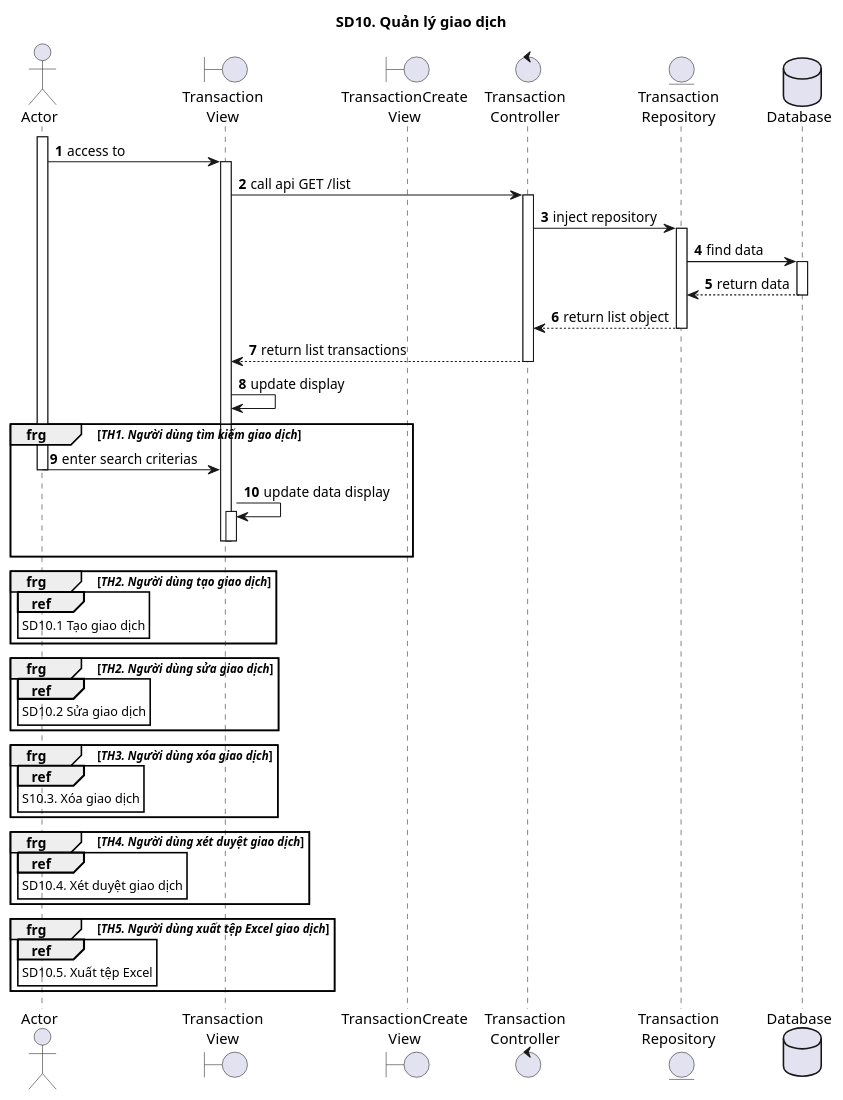
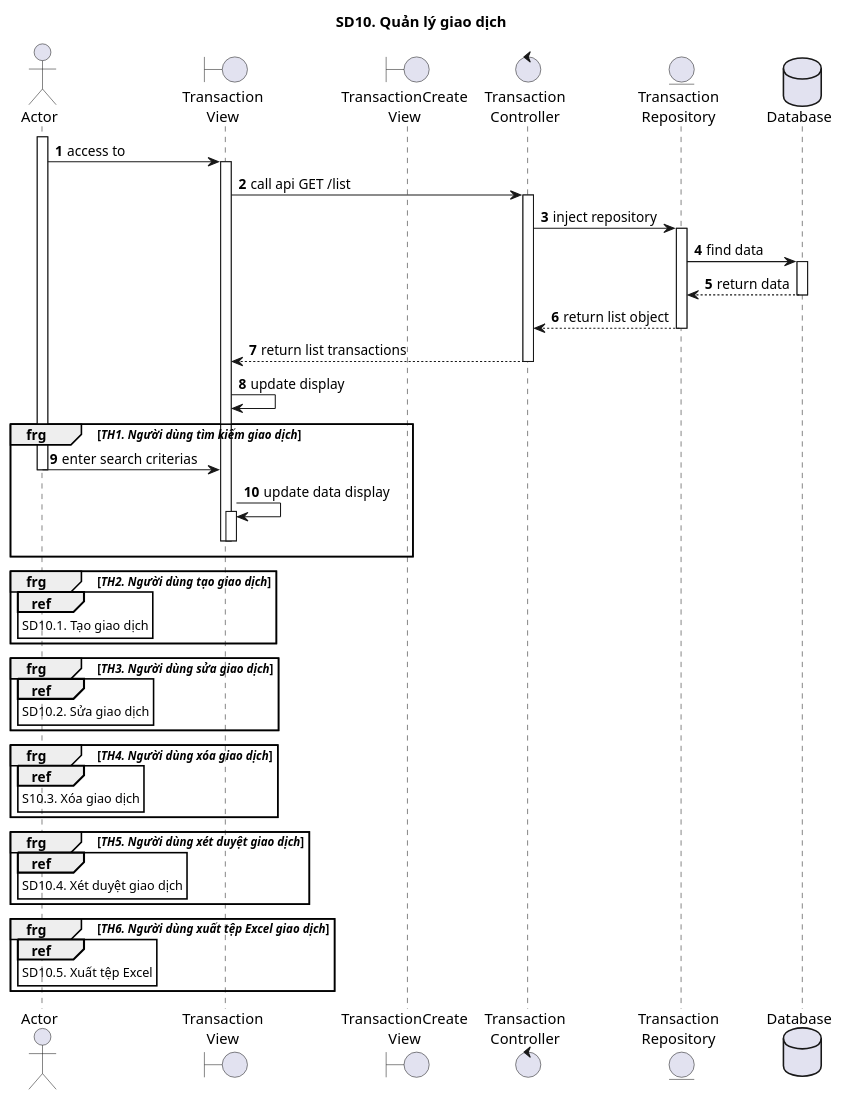
The diagram in 10_QuanLyGiaoDich/sd10.puml (ITZ-Developers/Finance-UML), drawn with PlantUML before and after one commit. The commit also changed 10 other files, not shown here.

```diff
--- a/10_QuanLyGiaoDich/sd10.puml
+++ b/10_QuanLyGiaoDich/sd10.puml
@@ -1,59 +1,59 @@
 @startuml SQ
 autonumber
 title SD10. Quản lý giao dịch
 actor "Actor" as actor
 boundary "Transaction\nView" as view
 boundary "TransactionCreate\nView" as createView
 control "Transaction\nController" as controller
 entity "Transaction\nRepository" as model
 database "Database" as database
 activate actor
 actor -> view : access to
 activate view
 view -> controller : call api GET /list
 activate controller
 controller -> model : inject repository
 activate model
 model -> database : find data
 activate database
 database --> model : return data
 deactivate database
 model --> controller : return list object
 deactivate model
 controller --> view : return list transactions
 deactivate controller
 view -> view: update display
 group frg [//TH1. Người dùng tìm kiếm giao dịch//]
 actor -> view : enter search criterias
 deactivate actor
 view -> view: update data display
 activate view
 deactivate view
 deactivate view
 end
 group frg [//TH2. Người dùng tạo giao dịch//]
 ref over actor
-SD10.1 Tạo giao dịch
+SD10.1. Tạo giao dịch
 end ref
 end
-group frg [//TH2. Người dùng sửa giao dịch//]
+group frg [//TH3. Người dùng sửa giao dịch//]
 ref over actor
-SD10.2 Sửa giao dịch
+SD10.2. Sửa giao dịch
 end ref
 end
-group frg [//TH3. Người dùng xóa giao dịch//]
+group frg [//TH4. Người dùng xóa giao dịch//]
 ref over actor
 S10.3. Xóa giao dịch
 end ref
 end
-group frg [//TH4. Người dùng xét duyệt giao dịch//]
+group frg [//TH5. Người dùng xét duyệt giao dịch//]
 ref over actor
 SD10.4. Xét duyệt giao dịch
 end ref
 end
-group frg [//TH5. Người dùng xuất tệp Excel giao dịch//]
+group frg [//TH6. Người dùng xuất tệp Excel giao dịch//]
 ref over actor
 SD10.5. Xuất tệp Excel
 end ref
 end
 @enduml
```
